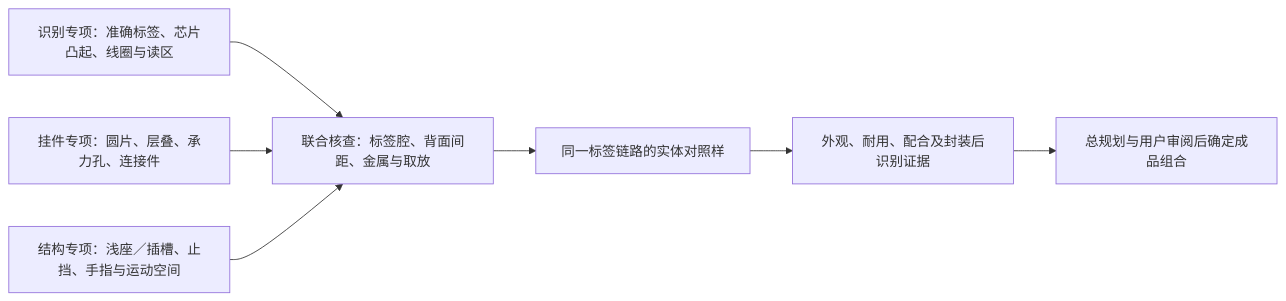
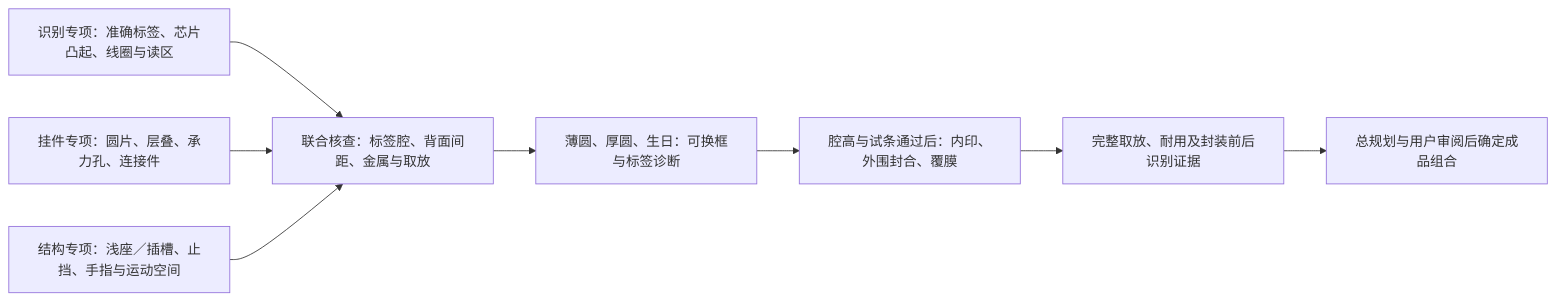
One commit to yigencong-1/record-companion changed the diagram in features/charms/README.md. Above: the diagram before and after it, drawn with Mermaid. The commit also changed other lines of this file and 13 other files, not shown here.

````diff
--- a/features/charms/README.md
+++ b/features/charms/README.md
@@ -98,9 +127,10 @@
 ```mermaid
 flowchart LR
     I["识别专项：准确标签、芯片凸起、线圈与读区"] --> J["联合核查：标签腔、背面间距、金属与取放"]
     C["挂件专项：圆片、层叠、承力孔、连接件"] --> J
     S["结构专项：浅座／插槽、止挡、手指与运动空间"] --> J
-    J --> P["同一标签链路的实体对照样"]
-    P --> V["外观、耐用、配合及封装后识别证据"]
+    J --> P["薄圆、厚圆、生日：可换框与标签诊断"]
+    P --> E["腔高与试条通过后：内印、外围封合、覆膜"]
+    E --> V["完整取放、耐用及封装前后识别证据"]
     V --> R["总规划与用户审阅后确定成品组合"]
 ```
````
